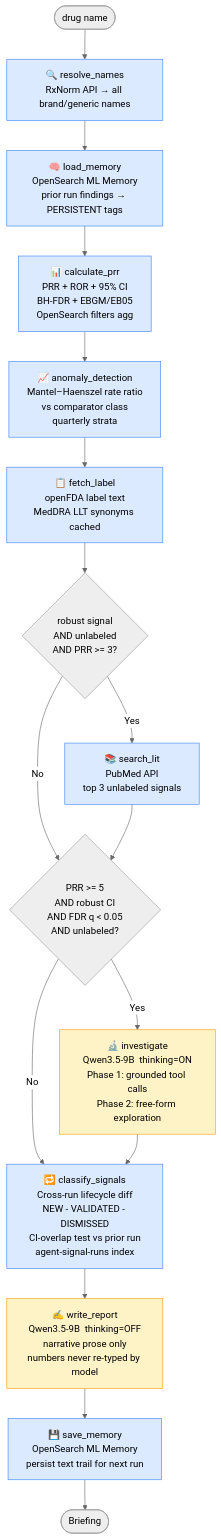
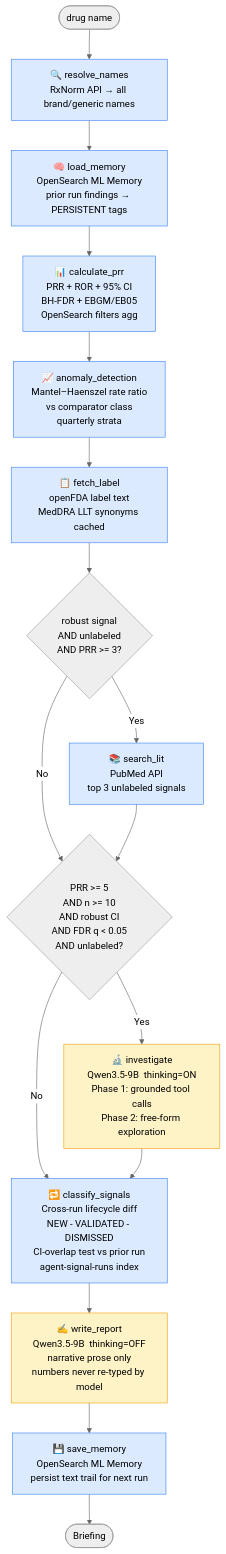
One commit to al-Zamakhshari/drug-safety-signal-agent changed the first of 4 diagrams in README.md. Above: the diagram before and after it, drawn with Mermaid (neutral theme). The commit also changed other lines of this file and 3 other files, not shown here.

````diff
--- a/README.md
+++ b/README.md
@@ -53,53 +55,53 @@
 ```mermaid
 flowchart TD
     start([drug name]) --> RN
 
     RN["🔍 resolve_names\nRxNorm API → all brand/generic names"]
     RN --> LM
 
     LM["🧠 load_memory\nOpenSearch ML Memory\nprior run findings → PERSISTENT tags"]
     LM --> PRR
 
     PRR["📊 calculate_prr\nPRR + ROR + 95% CI\nBH-FDR + EBGM/EB05\nOpenSearch filters agg"]
     PRR --> AD
 
     AD["📈 anomaly_detection\nMantel–Haenszel rate ratio\nvs comparator class\nquarterly strata"]
     AD --> FL
 
     FL["📋 fetch_label\nopenFDA label text\nMedDRA LLT synonyms cached"]
     FL --> R1
 
     R1{"robust signal\nAND unlabeled\nAND PRR >= 3?"}
     R1 -->|Yes| SL
     R1 -->|No| R2
 
     SL["📚 search_lit\nPubMed API\ntop 3 unlabeled signals"]
     SL --> R2
 
-    R2{"PRR >= 5\nAND robust CI\nAND FDR q < 0.05\nAND unlabeled?"}
+    R2{"PRR >= 5\nAND n >= 10\nAND robust CI\nAND FDR q < 0.05\nAND unlabeled?"}
     R2 -->|Yes| INV
     R2 -->|No| CS
 
     INV["🔬 investigate\nQwen3.5-9B  thinking=ON\nPhase 1: grounded tool calls\nPhase 2: free-form exploration"]
     INV --> CS
 
     CS["🔁 classify_signals\nCross-run lifecycle diff\nNEW - VALIDATED - DISMISSED\nCI-overlap test vs prior run\nagent-signal-runs index"]
     CS --> WR
 
     WR["✍️ write_report\nQwen3.5-9B  thinking=OFF\nnarrative prose only\nnumbers never re-typed by model"]
     WR --> SM
 
     SM["💾 save_memory\nOpenSearch ML Memory\npersist text trail for next run"]
     SM --> out([Briefing])
 
     style PRR fill:#dbeafe,stroke:#3b82f6
     style AD fill:#dbeafe,stroke:#3b82f6
     style FL fill:#dbeafe,stroke:#3b82f6
     style SL fill:#dbeafe,stroke:#3b82f6
     style RN fill:#dbeafe,stroke:#3b82f6
     style LM fill:#dbeafe,stroke:#3b82f6
     style CS fill:#dbeafe,stroke:#3b82f6
     style SM fill:#dbeafe,stroke:#3b82f6
     style INV fill:#fef3c7,stroke:#f59e0b
     style WR fill:#fef3c7,stroke:#f59e0b
 ```
````
